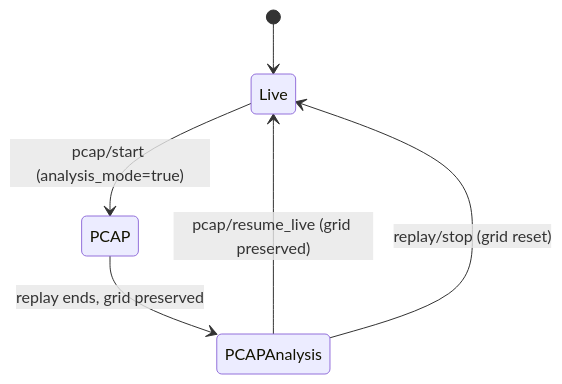
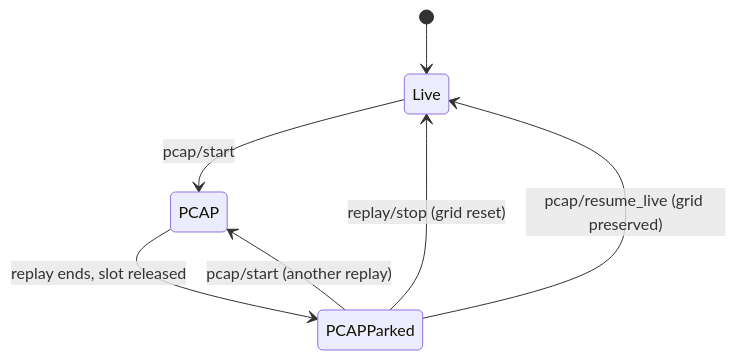
Before and after one commit to banshee-data/velocity.report: the first of 2 diagrams in docs/lidar/operations/pcap-analysis-mode.md, drawn with Mermaid. The commit also changed other lines of this file, not shown here.

First line of the commit message:
[ai][docs] Describe replays that park instead of returning to live

````diff
--- a/docs/lidar/operations/pcap-analysis-mode.md
+++ b/docs/lidar/operations/pcap-analysis-mode.md
@@ -193,8 +196,9 @@
 ```mermaid
 stateDiagram-v2
 	[*] --> Live
-	Live --> PCAP: pcap/start (analysis_mode=true)
-	PCAP --> PCAPAnalysis: replay ends, grid preserved
-	PCAPAnalysis --> Live: pcap/resume_live (grid preserved)
-	PCAPAnalysis --> Live: replay/stop (grid reset)
+	Live --> PCAP: pcap/start
+	PCAP --> PCAPParked: replay ends, slot released
+	PCAPParked --> PCAP: pcap/start (another replay)
+	PCAPParked --> Live: replay/stop (grid reset)
+	PCAPParked --> Live: pcap/resume_live (grid preserved)
 ```
````
